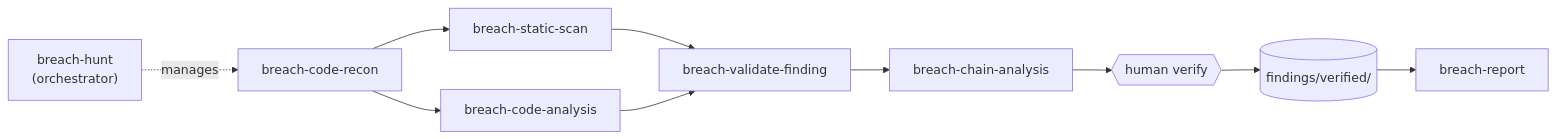
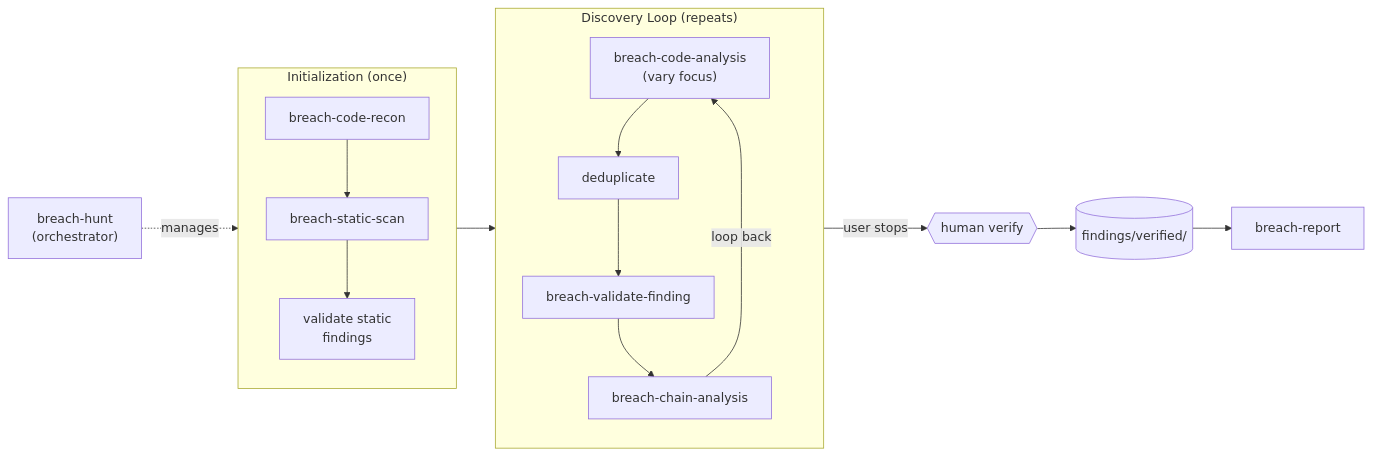
Before and after one commit to tsheil/breach-marketplace: the diagram in README.md, drawn with Mermaid. The commit also changed other lines of this file and 4 other files, not shown here.

First line of the commit message:
Transform breach-hunt into autonomous looping agent, bump to v1.5.0

````diff
--- a/README.md
+++ b/README.md
@@ -32,21 +32,30 @@
 ```mermaid
 flowchart LR
     hunt["breach-hunt\n(orchestrator)"]
 
-    recon["breach-code-recon"]
-    static["breach-static-scan"]
-    code["breach-code-analysis"]
-    validate["breach-validate-finding"]
-    chain["breach-chain-analysis"]
-    report["breach-report"]
+    subgraph init ["Initialization (once)"]
+        recon["breach-code-recon"]
+        static["breach-static-scan"]
+        val_static["validate static\nfindings"]
+        recon --> static --> val_static
+    end
+
+    subgraph loop ["Discovery Loop (repeats)"]
+        code["breach-code-analysis\n(vary focus)"]
+        dedup["deduplicate"]
+        validate["breach-validate-finding"]
+        chain["breach-chain-analysis"]
+        code --> dedup --> validate --> chain
+        chain -->|"loop back"| code
+    end
+
     human{{"human verify"}}
     verified[("findings/verified/")]
+    report["breach-report"]
 
-    hunt -.->|manages| recon
-    recon --> static & code
-    static & code --> validate
-    validate --> chain
-    chain --> human
+    hunt -.->|manages| init
+    init --> loop
+    loop -->|"user stops"| human
     human --> verified
     verified --> report
 ```
````
